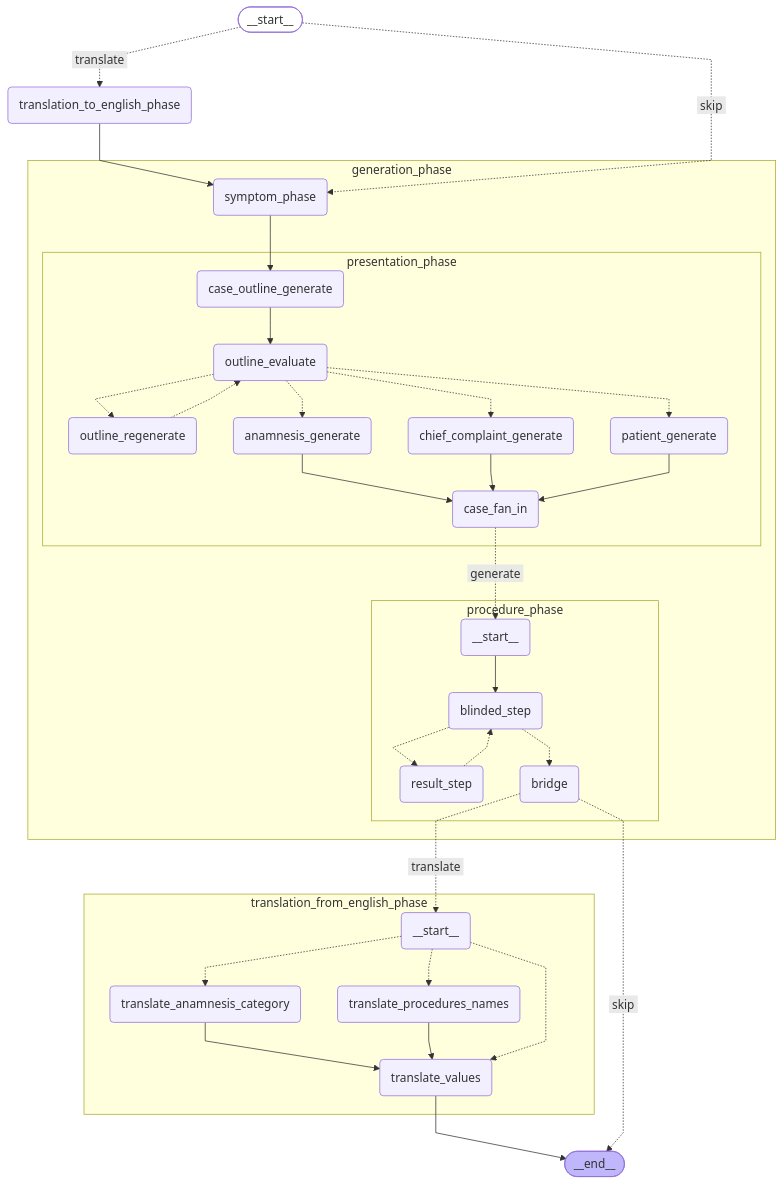
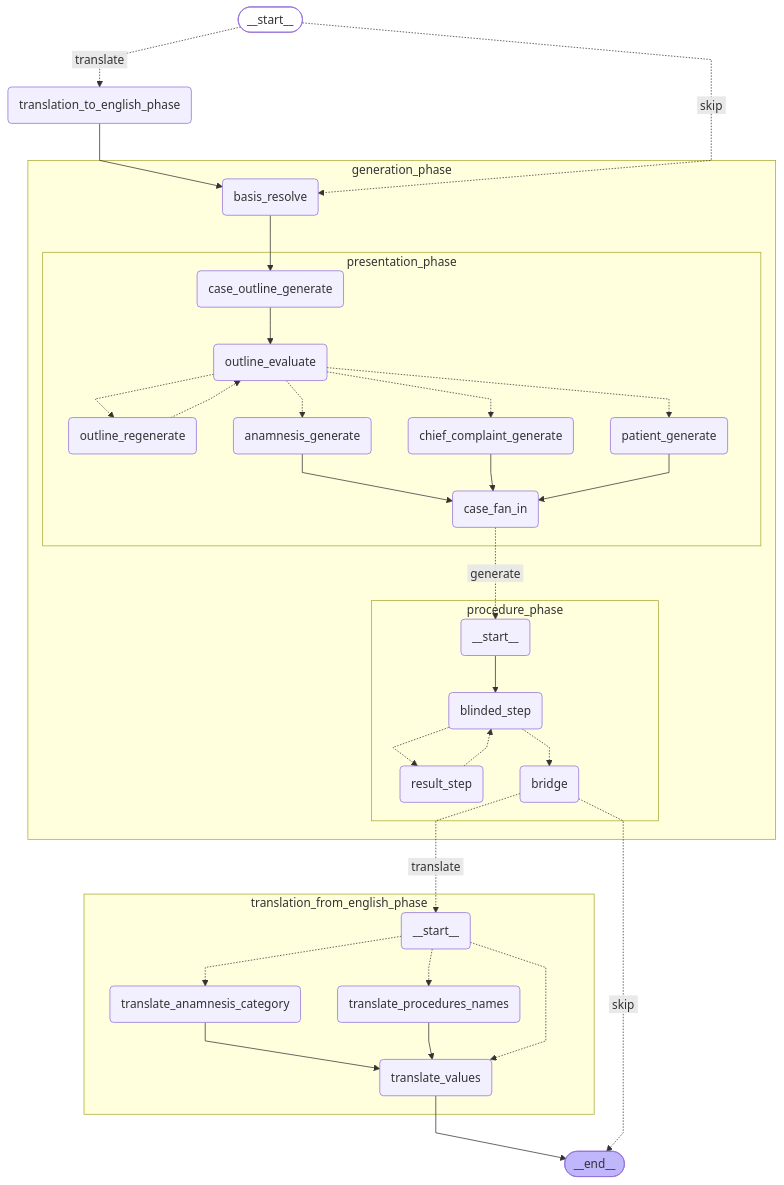
The diagram in docs/graphs/case-graph.translation-sandwich.mmd (janthoXO/AetioMed), drawn with Mermaid before and after one commit. The commit also changed 28 other files, not shown here.

```diff
--- a/docs/graphs/case-graph.translation-sandwich.mmd
+++ b/docs/graphs/case-graph.translation-sandwich.mmd
@@ -1,58 +1,58 @@
 %%{init: {'flowchart': {'curve': 'linear'}}}%%
 graph TD;
 	__start__([<p>__start__</p>]):::first
-	generation_phase_symptom_phase(symptom_phase)
+	generation_phase_basis_resolve(basis_resolve)
 	generation_phase_presentation_phase_case_outline_generate(case_outline_generate)
 	generation_phase_presentation_phase_outline_evaluate(outline_evaluate)
 	generation_phase_presentation_phase_outline_regenerate(outline_regenerate)
 	generation_phase_presentation_phase_patient_generate(patient_generate)
 	generation_phase_presentation_phase_chief_complaint_generate(chief_complaint_generate)
 	generation_phase_presentation_phase_anamnesis_generate(anamnesis_generate)
 	generation_phase_presentation_phase_case_fan_in(case_fan_in)
 	generation_phase_procedure_phase___start__(<p>__start__</p>)
 	generation_phase_procedure_phase_blinded_step(blinded_step)
 	generation_phase_procedure_phase_result_step(result_step)
 	generation_phase_procedure_phase_bridge(bridge)
 	translation_to_english_phase(translation_to_english_phase)
 	translation_from_english_phase___start__(<p>__start__</p>)
 	translation_from_english_phase_translate_anamnesis_category(translate_anamnesis_category)
 	translation_from_english_phase_translate_procedures_names(translate_procedures_names)
 	translation_from_english_phase_translate_values(translate_values)
 	__end__([<p>__end__</p>]):::last
 	translation_from_english_phase_translate_values --> __end__;
-	translation_to_english_phase --> generation_phase_symptom_phase;
+	translation_to_english_phase --> generation_phase_basis_resolve;
 	__start__ -. &nbsp;translate&nbsp; .-> translation_to_english_phase;
-	__start__ -. &nbsp;skip&nbsp; .-> generation_phase_symptom_phase;
+	__start__ -. &nbsp;skip&nbsp; .-> generation_phase_basis_resolve;
 	generation_phase_procedure_phase_bridge -. &nbsp;translate&nbsp; .-> translation_from_english_phase___start__;
 	generation_phase_procedure_phase_bridge -. &nbsp;skip&nbsp; .-> __end__;
 	subgraph generation_phase
 	subgraph presentation_phase
 	generation_phase_presentation_phase_anamnesis_generate --> generation_phase_presentation_phase_case_fan_in;
 	generation_phase_presentation_phase_case_outline_generate --> generation_phase_presentation_phase_outline_evaluate;
 	generation_phase_presentation_phase_chief_complaint_generate --> generation_phase_presentation_phase_case_fan_in;
 	generation_phase_presentation_phase_patient_generate --> generation_phase_presentation_phase_case_fan_in;
 	generation_phase_presentation_phase_outline_evaluate -.-> generation_phase_presentation_phase_outline_regenerate;
 	generation_phase_presentation_phase_outline_evaluate -.-> generation_phase_presentation_phase_patient_generate;
 	generation_phase_presentation_phase_outline_evaluate -.-> generation_phase_presentation_phase_chief_complaint_generate;
 	generation_phase_presentation_phase_outline_evaluate -.-> generation_phase_presentation_phase_anamnesis_generate;
 	generation_phase_presentation_phase_outline_regenerate -.-> generation_phase_presentation_phase_outline_evaluate;
 	end
 	subgraph procedure_phase
 	generation_phase_procedure_phase___start__ --> generation_phase_procedure_phase_blinded_step;
 	generation_phase_procedure_phase_blinded_step -.-> generation_phase_procedure_phase_result_step;
 	generation_phase_procedure_phase_blinded_step -.-> generation_phase_procedure_phase_bridge;
 	generation_phase_procedure_phase_result_step -.-> generation_phase_procedure_phase_blinded_step;
 	end
-	generation_phase_symptom_phase --> generation_phase_presentation_phase_case_outline_generate;
+	generation_phase_basis_resolve --> generation_phase_presentation_phase_case_outline_generate;
 	generation_phase_presentation_phase_case_fan_in -. &nbsp;generate&nbsp; .-> generation_phase_procedure_phase___start__;
 	end
 	subgraph translation_from_english_phase
 	translation_from_english_phase_translate_anamnesis_category --> translation_from_english_phase_translate_values;
 	translation_from_english_phase_translate_procedures_names --> translation_from_english_phase_translate_values;
 	translation_from_english_phase___start__ -.-> translation_from_english_phase_translate_anamnesis_category;
 	translation_from_english_phase___start__ -.-> translation_from_english_phase_translate_procedures_names;
 	translation_from_english_phase___start__ -.-> translation_from_english_phase_translate_values;
 	end
 	classDef default fill:#f2f0ff,line-height:1.2;
 	classDef first fill-opacity:0;
 	classDef last fill:#bfb6fc;
```
